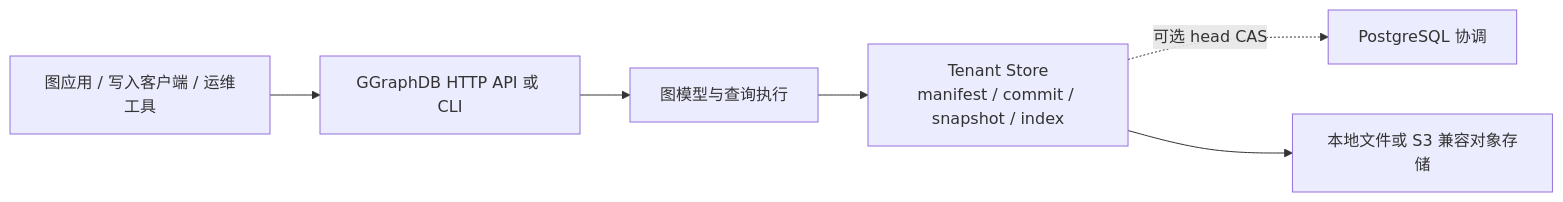
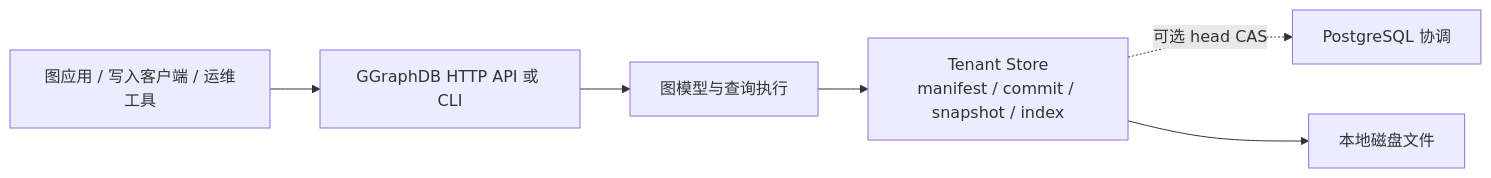
The diagram in docs/database-introduction.zh-CN.md (SamuelSupe/graphdb), drawn with Mermaid before and after one commit. The commit also changed other lines of this file and 326 other files, not shown here.

````diff
--- a/docs/database-introduction.zh-CN.md
+++ b/docs/database-introduction.zh-CN.md
@@ -76,8 +76,8 @@
 ```mermaid
 flowchart LR
   Client["图应用 / 写入客户端 / 运维工具"] --> API["GGraphDB HTTP API 或 CLI"]
   API --> Graph["图模型与查询执行"]
   Graph --> Store["Tenant Store\nmanifest / commit / snapshot / index"]
   Store -. 可选 head CAS .-> PG["PostgreSQL 协调"]
-  Store --> Object["本地文件或 S3 兼容对象存储"]
+  Store --> Object["本地磁盘文件"]
 ```
````
